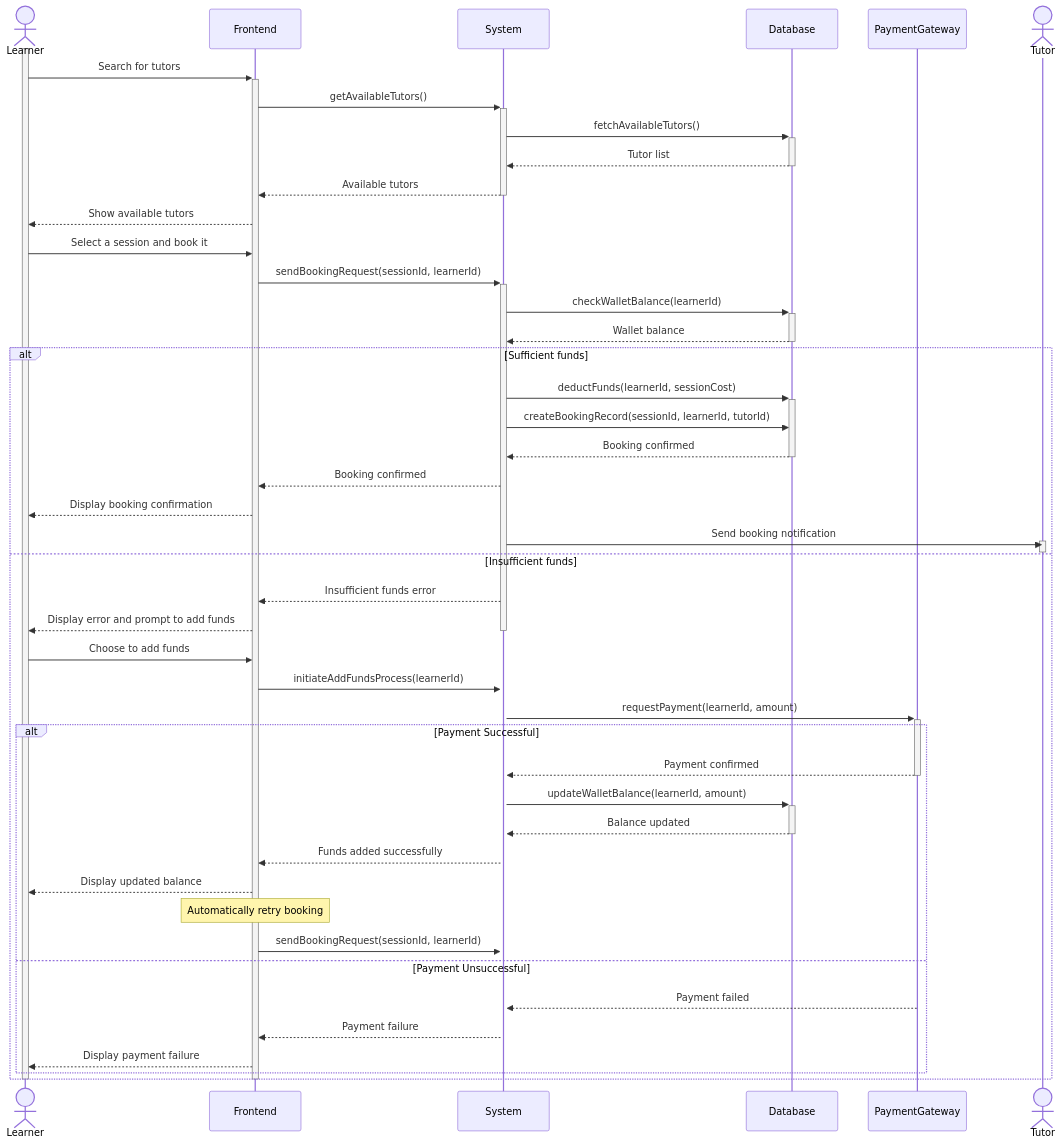
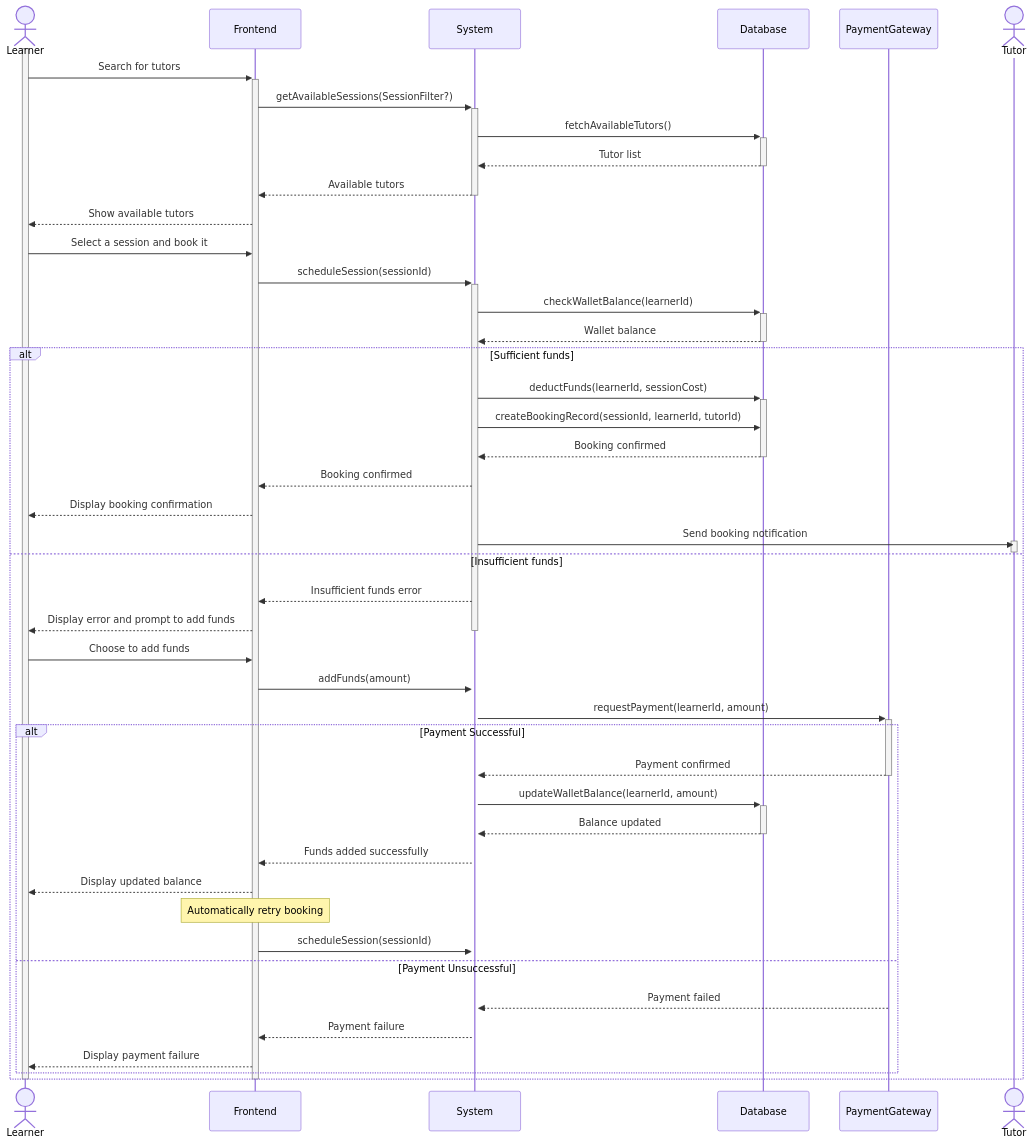
One commit to Shaar03/Diagrams changed the diagram in bookAndPay.mermaid. Above: the diagram before and after it, drawn with Mermaid.

```diff
--- a/bookAndPay.mermaid
+++ b/bookAndPay.mermaid
@@ -1,51 +1,51 @@
 sequenceDiagram
     actor Learner
     participant Frontend
     participant System
     participant Database
     participant PaymentGateway
     actor Tutor
 
     activate Learner
     Learner->>+Frontend: Search for tutors
-    Frontend->>+System: getAvailableTutors()
+    Frontend->>+System: getAvailableSessions(SessionFilter?)
     System->>+Database: fetchAvailableTutors()
     Database-->>-System: Tutor list
     System-->>-Frontend: Available tutors
     Frontend-->>Learner: Show available tutors
     Learner->>Frontend: Select a session and book it
-    Frontend->>+System: sendBookingRequest(sessionId, learnerId)
+    Frontend->>+System: scheduleSession(sessionId)
     System->>+Database: checkWalletBalance(learnerId)
     Database-->>-System: Wallet balance
     alt Sufficient funds
         System->>+Database: deductFunds(learnerId, sessionCost)
         System->>Database: createBookingRecord(sessionId, learnerId, tutorId)
         Database-->>-System: Booking confirmed
         System-->>Frontend: Booking confirmed
         Frontend-->>Learner: Display booking confirmation
         System->>Tutor: Send booking notification
         activate Tutor
         deactivate Tutor
     else Insufficient funds
         System-->>Frontend: Insufficient funds error
         Frontend-->>Learner: Display error and prompt to add funds
         deactivate System
         Learner->>Frontend: Choose to add funds
-        Frontend->>+System: initiateAddFundsProcess(learnerId)
+        Frontend->>+System: addFunds(amount)
         System->>+PaymentGateway: requestPayment(learnerId, amount)
         alt Payment Successful
             PaymentGateway-->>-System: Payment confirmed
             System->>+Database: updateWalletBalance(learnerId, amount)
             Database-->>-System: Balance updated
             System-->>Frontend: Funds added successfully
             Frontend-->>Learner: Display updated balance
             Note over Frontend: Automatically retry booking
-            Frontend->>System: sendBookingRequest(sessionId, learnerId)
+            Frontend->>System: scheduleSession(sessionId)
         else Payment Unsuccessful
             PaymentGateway-->>System: Payment failed
             System-->>Frontend: Payment failure
             Frontend-->>Learner: Display payment failure
         end
     end
     deactivate Frontend
     deactivate Learner
```
